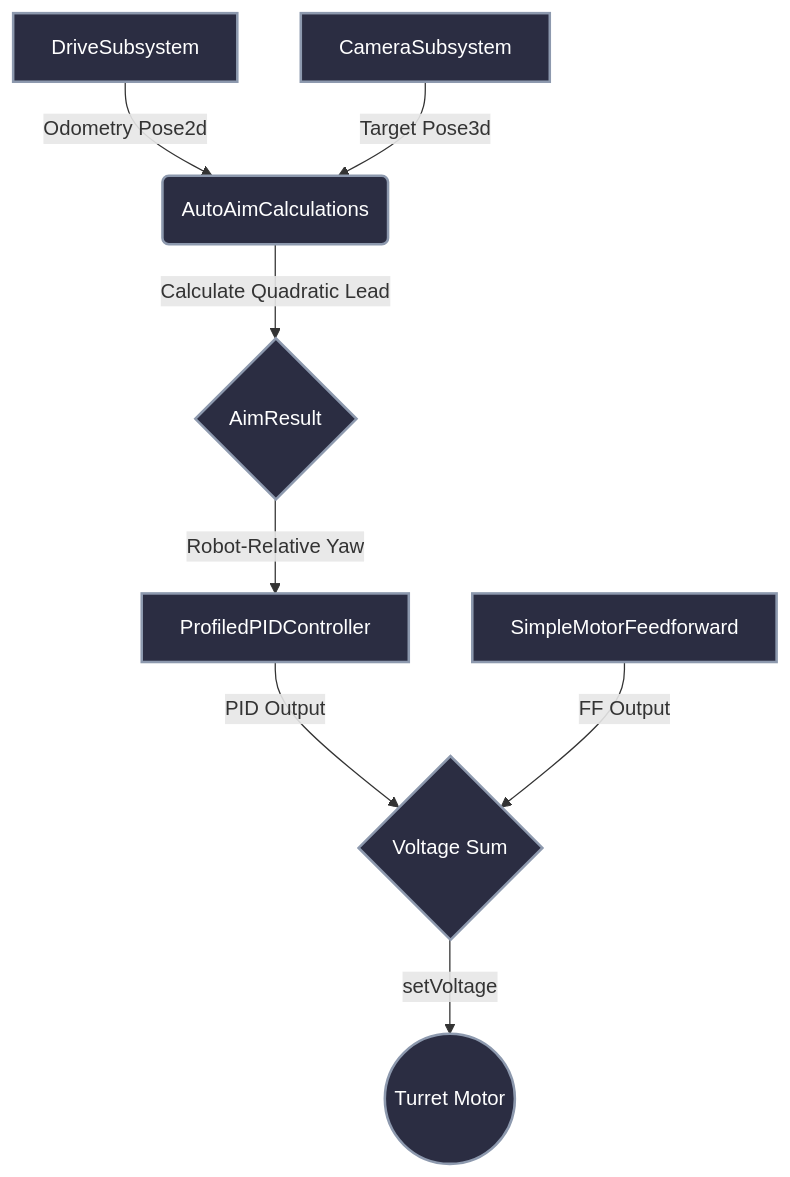
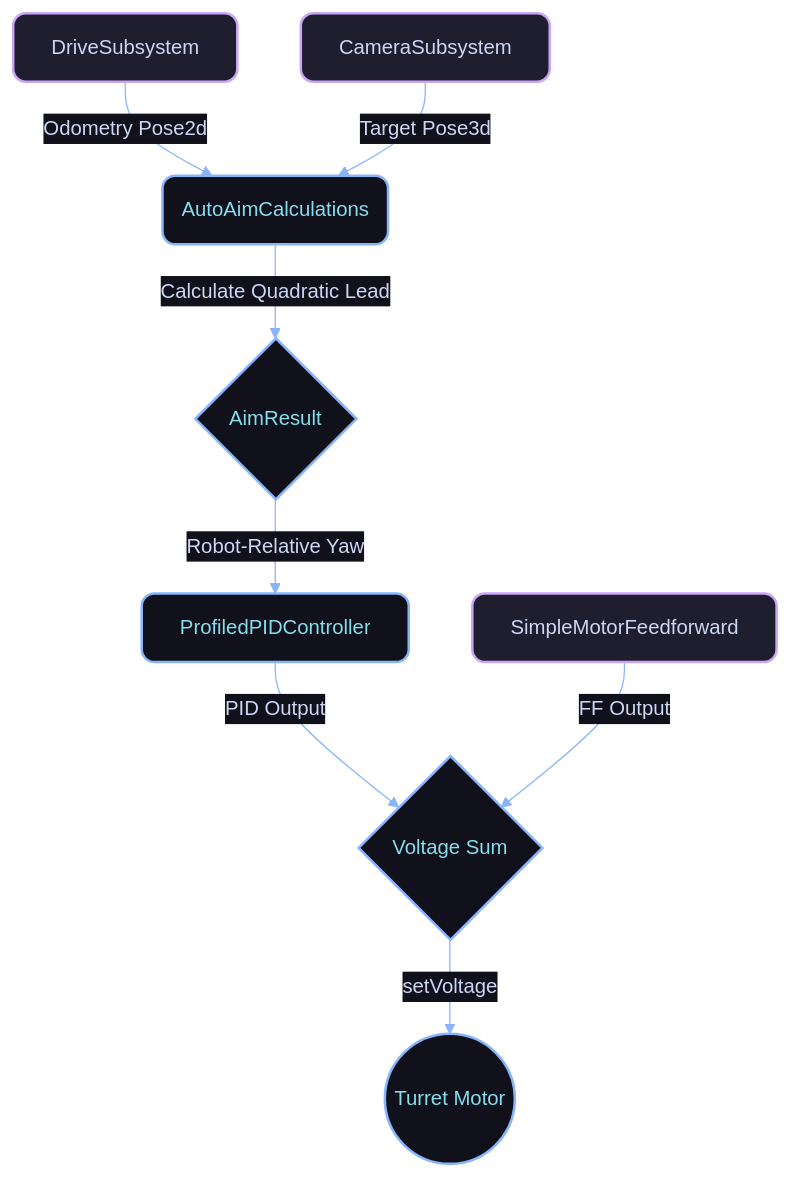
The first of 2 diagrams in README.md (MiamiBeachBots/2026-bot), drawn with Mermaid before and after one commit. The commit also changed other lines of this file and 333 other files, not shown here.

````diff
--- a/README.md
+++ b/README.md
@@ -163,14 +163,16 @@
 ```mermaid
+%%{init: {'theme': 'base', 'themeVariables': { 'background': '#11111b', 'primaryColor': '#1e1e2e', 'primaryBorderColor': '#cba6f7', 'primaryTextColor': '#cdd6f4', 'lineColor': '#89b4fa', 'edgeLabelBackground': '#11111b', 'labelColor': '#cdd6f4'}}}%%
 graph TD
   A[DriveSubsystem] -->|Odometry Pose2d| C(AutoAimCalculations)
   B[CameraSubsystem] -->|Target Pose3d| C
   C -->|Calculate Quadratic Lead| D{AimResult}
   D -->|Robot-Relative Yaw| E[ProfiledPIDController]
   E -->|PID Output| G{Voltage Sum}
   F[SimpleMotorFeedforward] -->|FF Output| G
   G -->|setVoltage| H((Turret Motor))
 
-  classDef default fill:#1e1e1e,stroke:#333,stroke-width:2px,color:#fff;
-  classDef node fill:#2b2d42,stroke:#8d99ae,stroke-width:2px,color:#fff;
-  class A,B,C,D,E,F,G,H node;
+  classDef default fill:#1e1e2e,stroke:#cba6f7,stroke-width:2px,color:#cdd6f4,rx:10,ry:10;
+  classDef highlight fill:#11111b,stroke:#89b4fa,stroke-width:2px,color:#89dceb,rx:10,ry:10;
+  class A,B,F default;
+  class C,D,E,G,H highlight;
 ```
````
